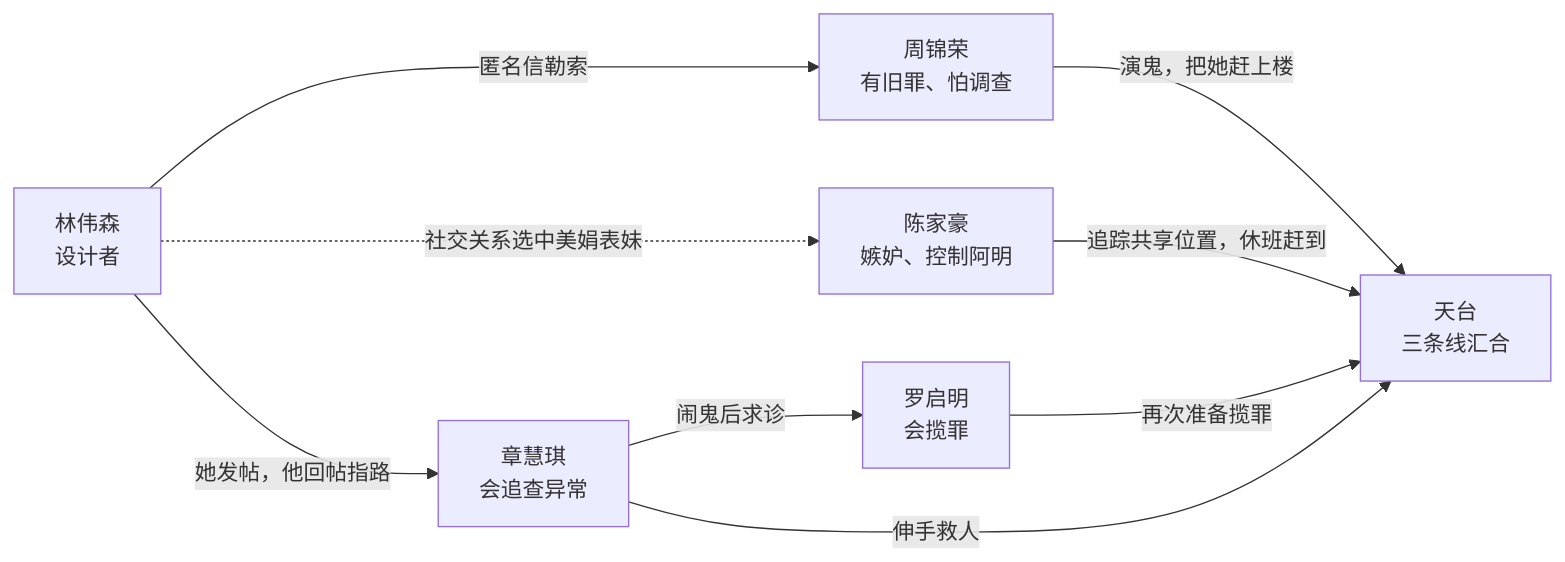
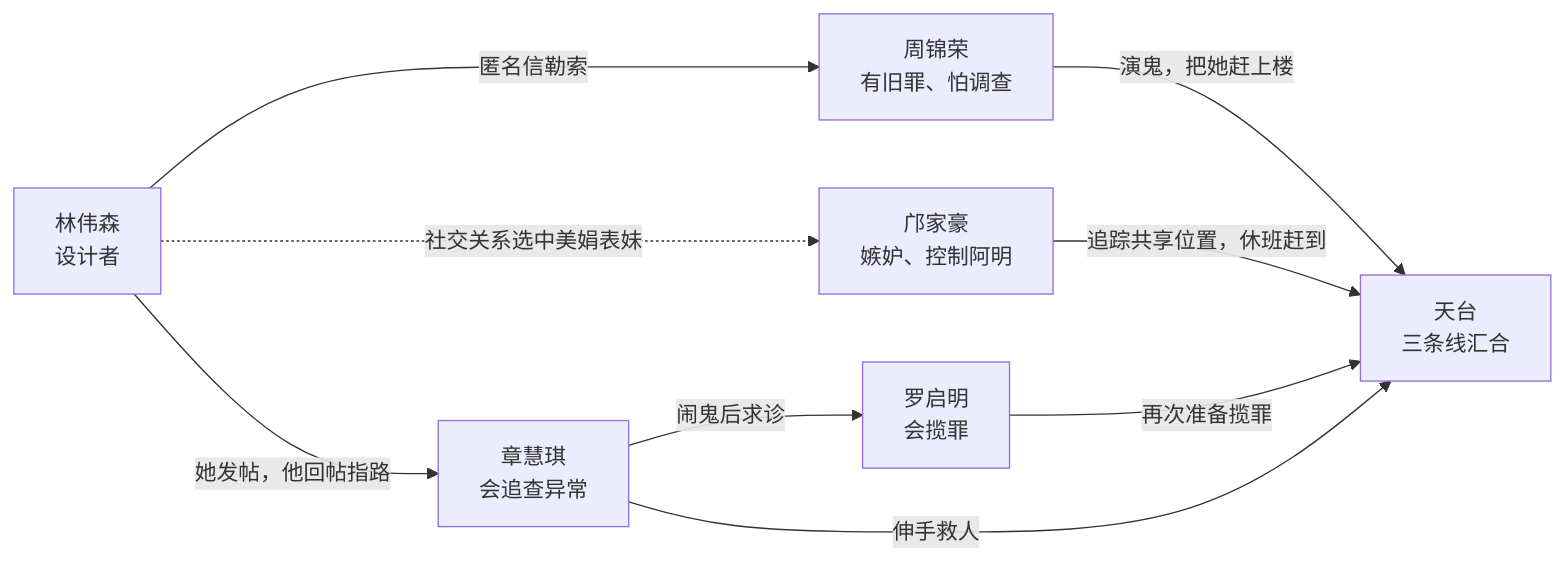
One commit to HSDCT1230/game_undo changed the third of 3 diagrams in 策划/人物/人物关系图.md. Above: the diagram before and after it, drawn with Mermaid. The commit also changed other lines of this file and 80 other files, not shown here.

First line of the commit message:
人物改名：陈家豪 → 邝家豪（与陈美娟同姓会被读成兄妹）

````diff
--- a/策划/人物/人物关系图.md
+++ b/策划/人物/人物关系图.md
@@ -81,18 +81,18 @@
 ```mermaid
 flowchart LR
   LIN["林伟森<br/>设计者"]
   ZH["章慧琪<br/>会追查异常"]
   ZHOU["周锦荣<br/>有旧罪、怕调查"]
-  CH["陈家豪<br/>嫉妒、控制阿明"]
+  CH["邝家豪<br/>嫉妒、控制阿明"]
   LUO["罗启明<br/>会揽罪"]
   ROOF["天台<br/>三条线汇合"]
 
   LIN -->|"她发帖，他回帖指路"| ZH
   LIN -->|"匿名信勒索"| ZHOU
   LIN -.->|"社交关系选中美娟表妹"| CH
   ZH -->|"闹鬼后求诊"| LUO
   ZHOU -->|"演鬼，把她赶上楼"| ROOF
   CH -->|"追踪共享位置，休班赶到"| ROOF
   LUO -->|"再次准备揽罪"| ROOF
   ZH -->|"伸手救人"| ROOF
 ```
````
